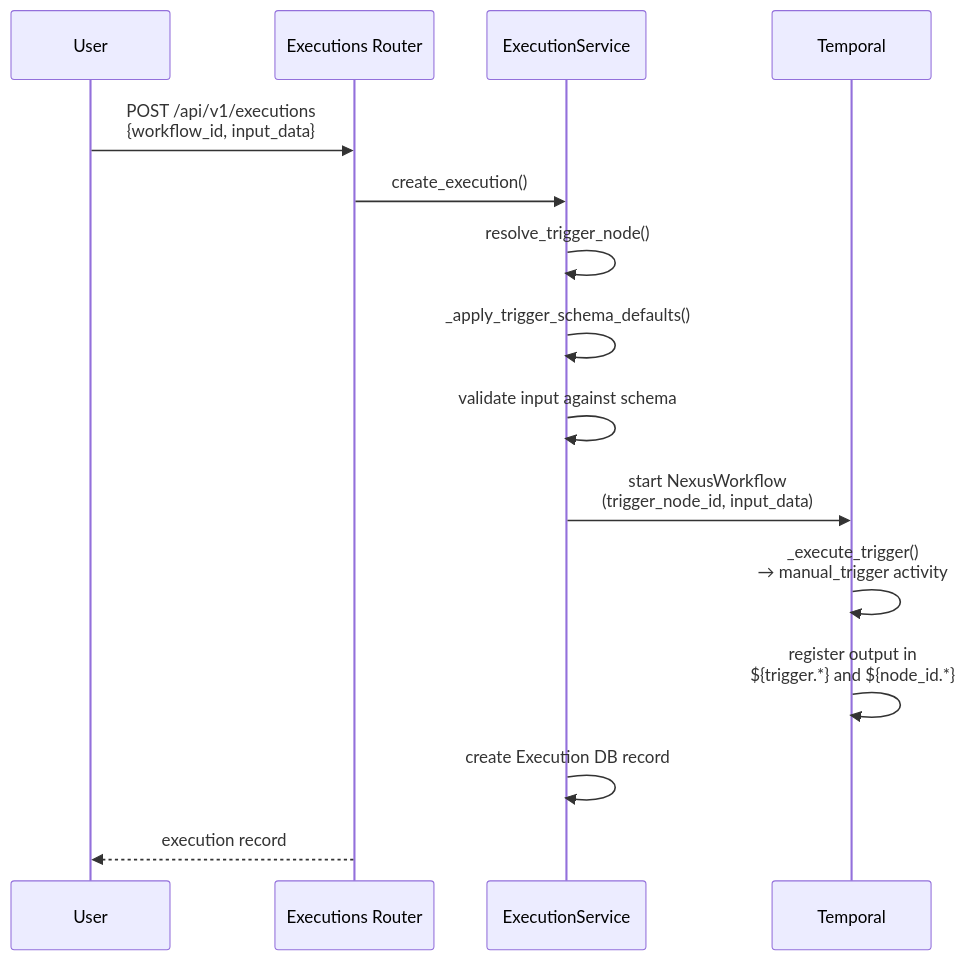
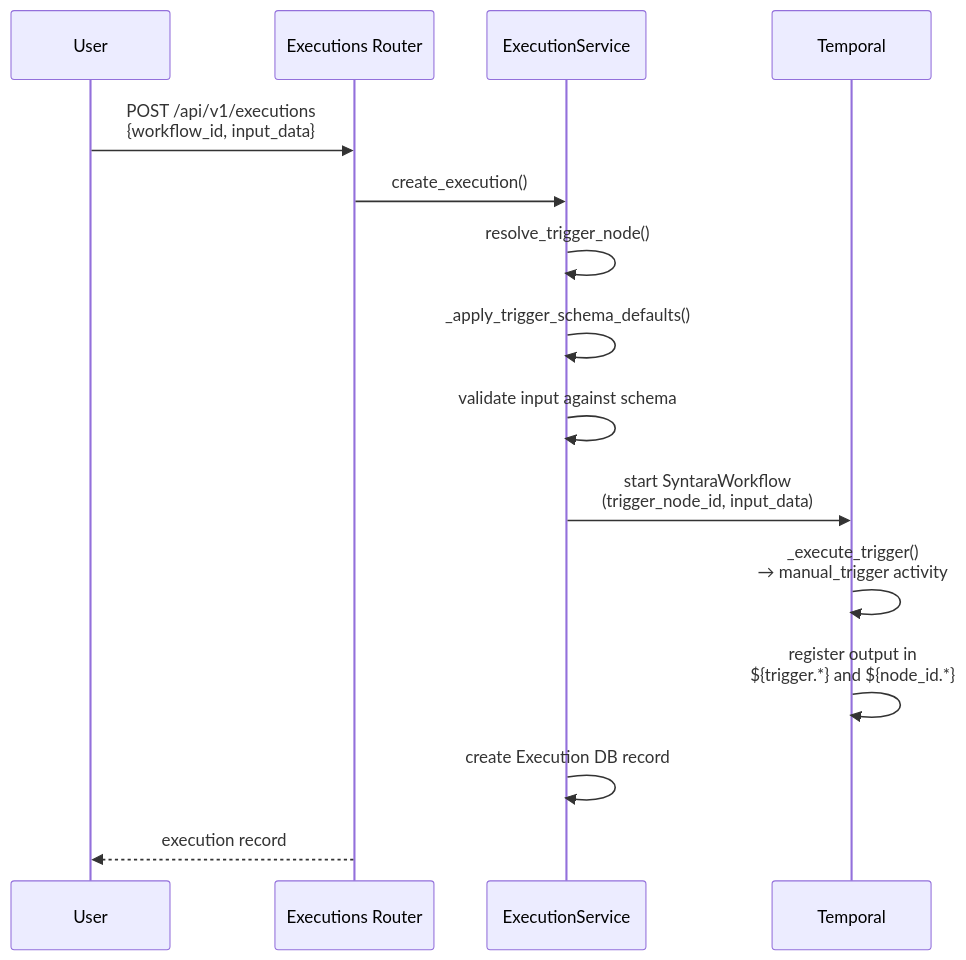
One commit to syntara-orchestration/syntara changed the diagram in backend/docs/workflow-engine/triggers/manual-trigger.md. Above: the diagram before and after it, drawn with Mermaid. The commit also changed 98 other files, not shown here.

First line of the commit message:
refactor: rename nexus code symbols to syntara across codebase

````diff
--- a/backend/docs/workflow-engine/triggers/manual-trigger.md
+++ b/backend/docs/workflow-engine/triggers/manual-trigger.md
@@ -9,18 +9,18 @@
 ```mermaid
 sequenceDiagram
     participant User
     participant API as Executions Router
     participant ES as ExecutionService
     participant Temporal
 
     User->>API: POST /api/v1/executions<br/>{workflow_id, input_data}
     API->>ES: create_execution()
     ES->>ES: resolve_trigger_node()
     ES->>ES: _apply_trigger_schema_defaults()
     ES->>ES: validate input against schema
-    ES->>Temporal: start NexusWorkflow<br/>(trigger_node_id, input_data)
+    ES->>Temporal: start SyntaraWorkflow<br/>(trigger_node_id, input_data)
     Temporal->>Temporal: _execute_trigger()<br/>→ manual_trigger activity
     Temporal->>Temporal: register output in<br/>${trigger.*} and ${node_id.*}
     ES->>ES: create Execution DB record
     API-->>User: execution record
 ```
````
